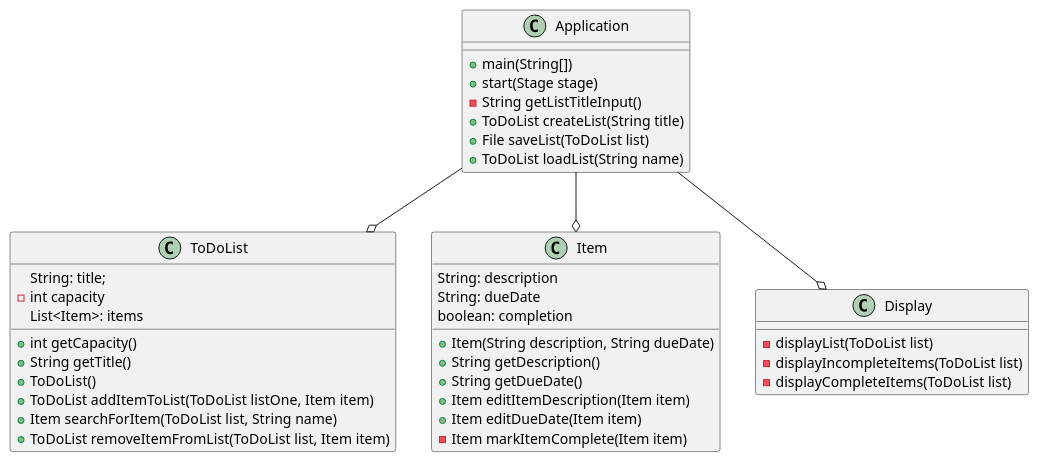
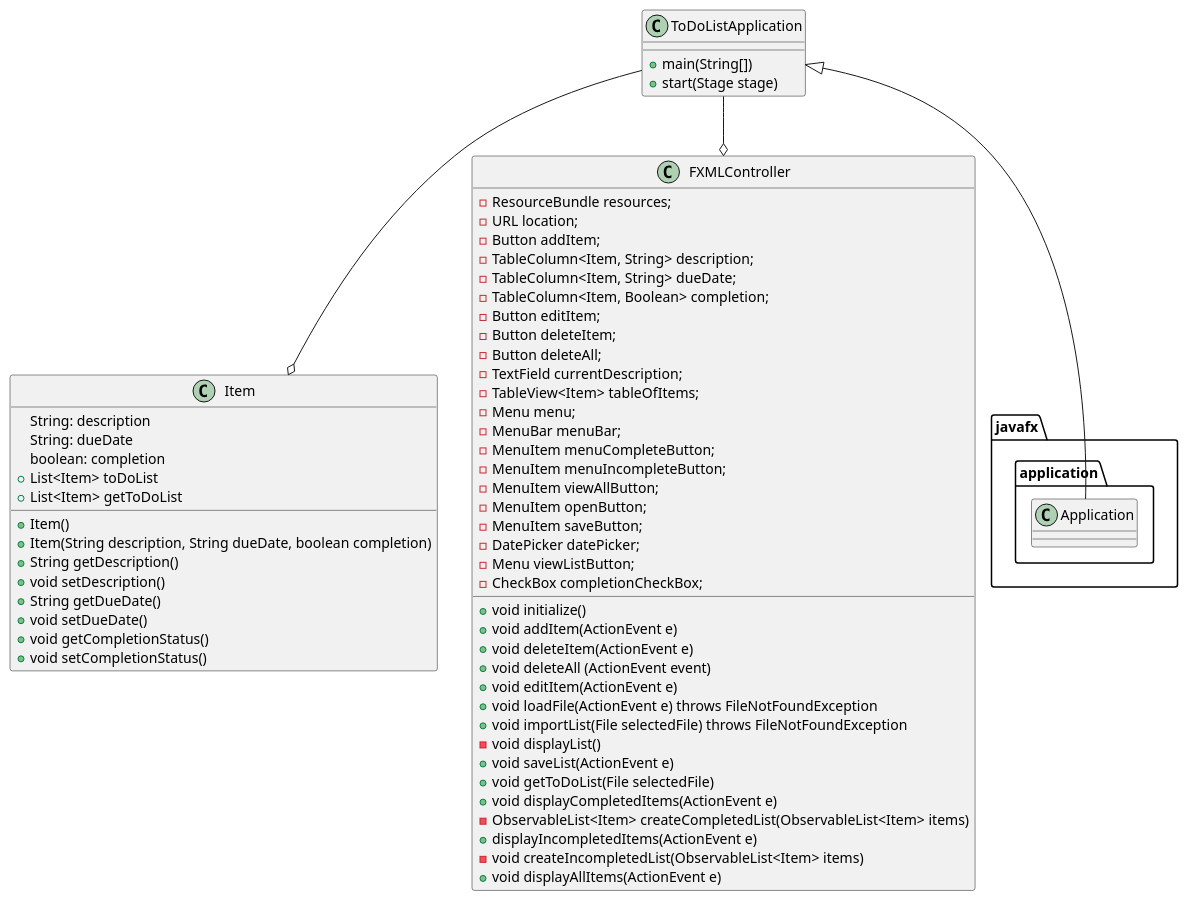
One commit to KatanaJohn/ashley-app1-impl changed the diagram in docs/assignment05UML.puml. Above: the diagram before and after it, drawn with PlantUML. The commit also changed 7 other files, not shown here.

Commit message:
added some of the testing, changes to plantuml, and readme

```diff
--- a/docs/assignment05UML.puml
+++ b/docs/assignment05UML.puml
@@ -1,56 +1,77 @@
 @startuml
 'https://plantuml.com/sequence-diagram
 
-class Application
+class ToDoListApplication
 {
     +main(String[])
     +start(Stage stage)
-    -String getListTitleInput()
-    +ToDoList createList(String title)
-    +File saveList(ToDoList list)
-    +ToDoList loadList(String name)
 }
 
-
-class ToDoList
-{
-    String: title;
-    -int capacity
-    List<Item>: items
-    +int getCapacity()
-    +String getTitle()
-    +ToDoList()
-    +ToDoList addItemToList(ToDoList listOne, Item item)
-    +Item searchForItem(ToDoList list, String name)
-    +ToDoList removeItemFromList(ToDoList list, Item item)
-}
 
 class Item
 {
     String: description
     String: dueDate
     boolean: completion
-    +Item(String description, String dueDate)
+    +List<Item> toDoList
+    +Item()
+    +Item(String description, String dueDate, boolean completion)
     +String getDescription()
+    +void setDescription()
     +String getDueDate()
-    +Item editItemDescription(Item item)
-    +Item editDueDate(Item item)
-    -Item markItemComplete(Item item)
+    +void setDueDate()
+    +void getCompletionStatus()
+    +void setCompletionStatus()
+    +List<Item> getToDoList
 }
 
 
-class Display
+class FXMLController
 {
-    -displayList(ToDoList list)
-    -displayIncompleteItems(ToDoList list)
-    -displayCompleteItems(ToDoList list)
+        -ResourceBundle resources;
+        -URL location;
+        -Button addItem;
+        -TableColumn<Item, String> description;
+        -TableColumn<Item, String> dueDate;
+        -TableColumn<Item, Boolean> completion;
+        -Button editItem;
+        -Button deleteItem;
+        -Button deleteAll;
+        -TextField currentDescription;
+        -TableView<Item> tableOfItems;
+        -Menu menu;
+        -MenuBar menuBar;
+        -MenuItem menuCompleteButton;
+        -MenuItem menuIncompleteButton;
+        -MenuItem viewAllButton;
+        -MenuItem openButton;
+        -MenuItem saveButton;
+        -DatePicker datePicker;
+        -Menu viewListButton;
+        -CheckBox completionCheckBox;
+
+        +void initialize()
+        +void addItem(ActionEvent e)
+        +void deleteItem(ActionEvent e)
+        +void deleteAll (ActionEvent event)
+        +void editItem(ActionEvent e)
+        +void loadFile(ActionEvent e) throws FileNotFoundException
+        +void importList(File selectedFile) throws FileNotFoundException
+        -void displayList()
+        +void saveList(ActionEvent e)
+        +void getToDoList(File selectedFile)
+        +void displayCompletedItems(ActionEvent e)
+        -ObservableList<Item> createCompletedList(ObservableList<Item> items)
+        +displayIncompletedItems(ActionEvent e)
+        -void createIncompletedList(ObservableList<Item> items)
+        +void displayAllItems(ActionEvent e)
+
 }
 
 
-
-Application --o ToDoList
-Application --o Item
-Application --o Display
+ToDoListApplication <|-- javafx.application.Application
+ToDoListApplication --o Item
+ToDoListApplication --o FXMLController
 
 
 @enduml
```
